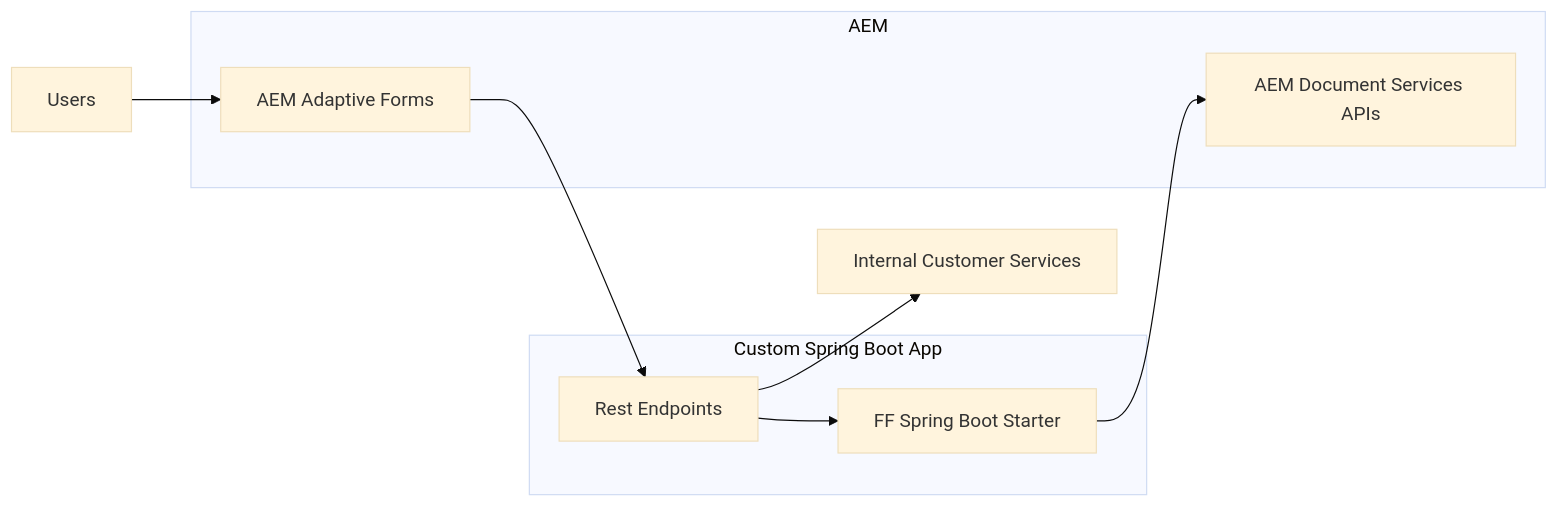
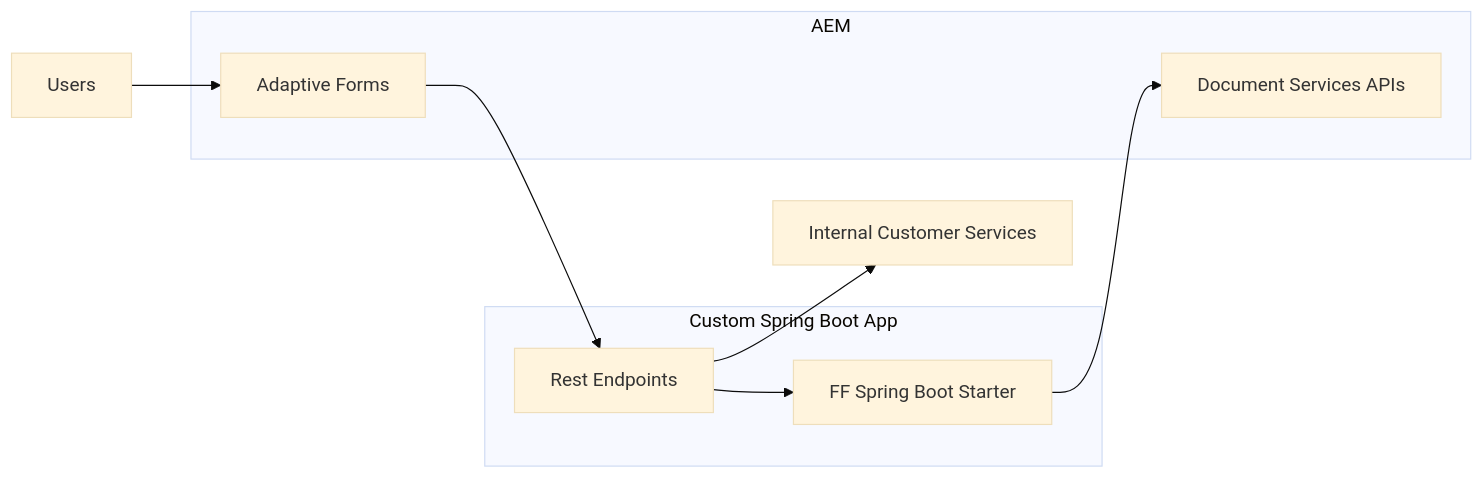
The third of 4 diagrams in Architecture.md (4PointSolutions/FluentFormsAPI), drawn with Mermaid (base theme) before and after one commit. The commit also changed other lines of this file, not shown here.

Commit message:
Trivial - Removed redundant "AEM" text.

````diff
--- a/Architecture.md
+++ b/Architecture.md
@@ -34,14 +34,14 @@
 ```mermaid
 graph LR
     A[Users]-->AAF
     subgraph sb[Custom Spring Boot App]
     RE[Rest Endpoints]-->SBS[FF Spring Boot Starter]
     end
     subgraph aem[AEM]
-    AAF[AEM Adaptive Forms]
-    AA[AEM Document Services APIs]
+    AAF[Adaptive Forms]
+    AA[Document Services APIs]
     end
     AAF-->RE
     SBS-->AA
     RE-->ics[Internal Customer Services]
 ```
````
